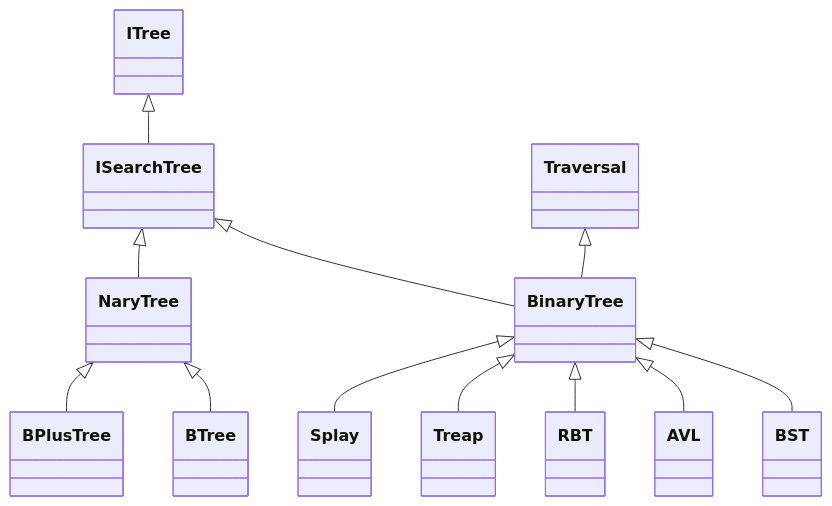
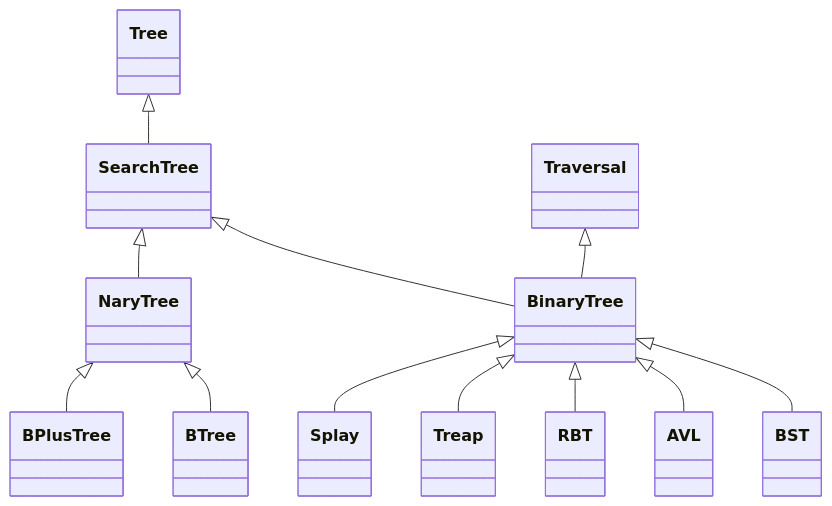
One commit to Chaos-vy/ChaosTree changed the first of 3 diagrams in docs/Architecture.md. Above: the diagram before and after it, drawn with Mermaid. The commit also changed other lines of this file and 118 other files, not shown here.

````diff
--- a/docs/Architecture.md
+++ b/docs/Architecture.md
@@ -11,33 +11,33 @@
 ```mermaid
 classDiagram
     direction BT
 
-    class ITree
-    class ISearchTree
+    class Tree
+    class SearchTree
     class Traversal
     class BinaryTree
     class NaryTree
 
     class BST
     class AVL
     class RBT
     class Treap
     class Splay
 
     class BTree
     class BPlusTree
 
-    ISearchTree --|> ITree
-    BinaryTree --|> ISearchTree
+    SearchTree --|> Tree
+    BinaryTree --|> SearchTree
     BinaryTree --|> Traversal
-    NaryTree --|> ISearchTree
+    NaryTree --|> SearchTree
 
     BST --|> BinaryTree
     AVL --|> BinaryTree
     RBT --|> BinaryTree
     Treap --|> BinaryTree
     Splay --|> BinaryTree
 
     BTree --|> NaryTree
     BPlusTree --|> NaryTree
 ```
````
